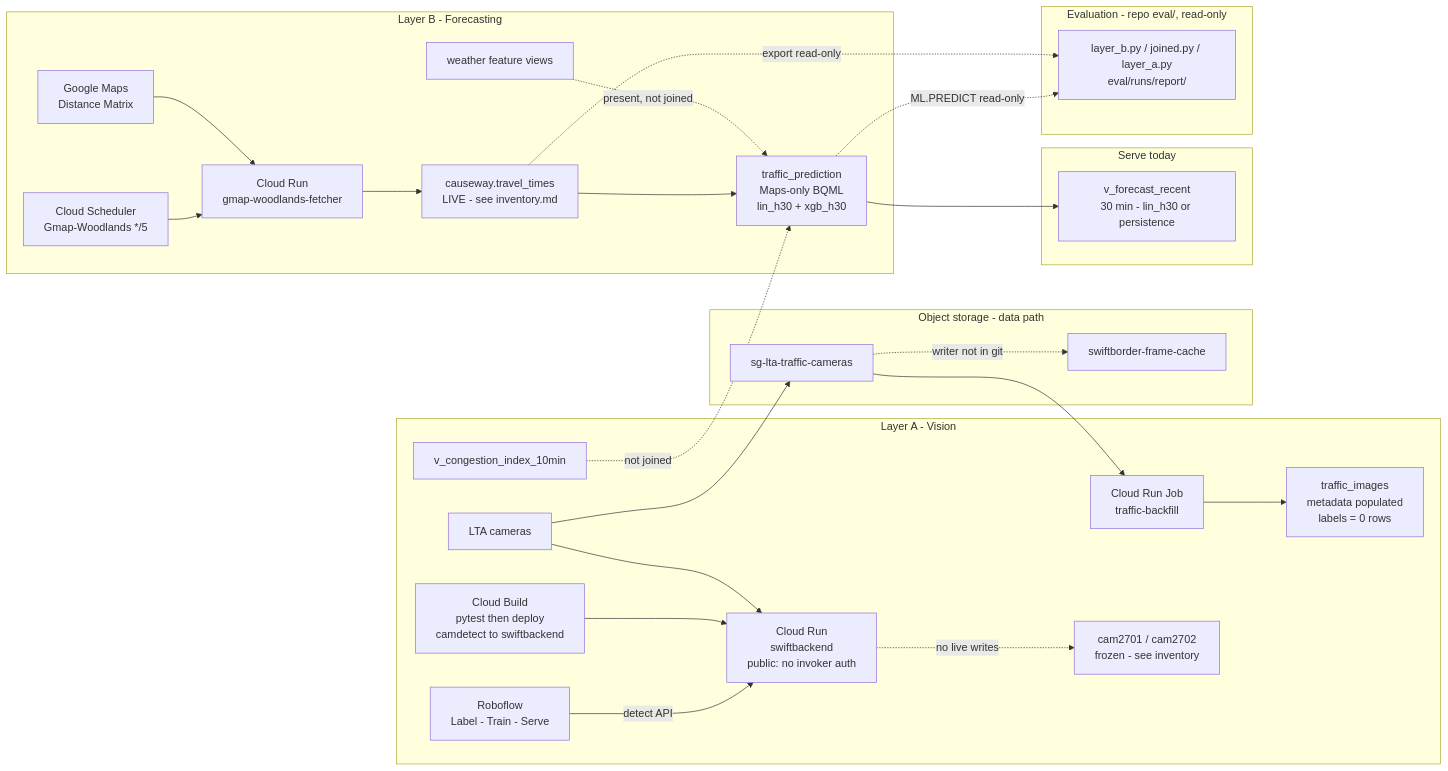
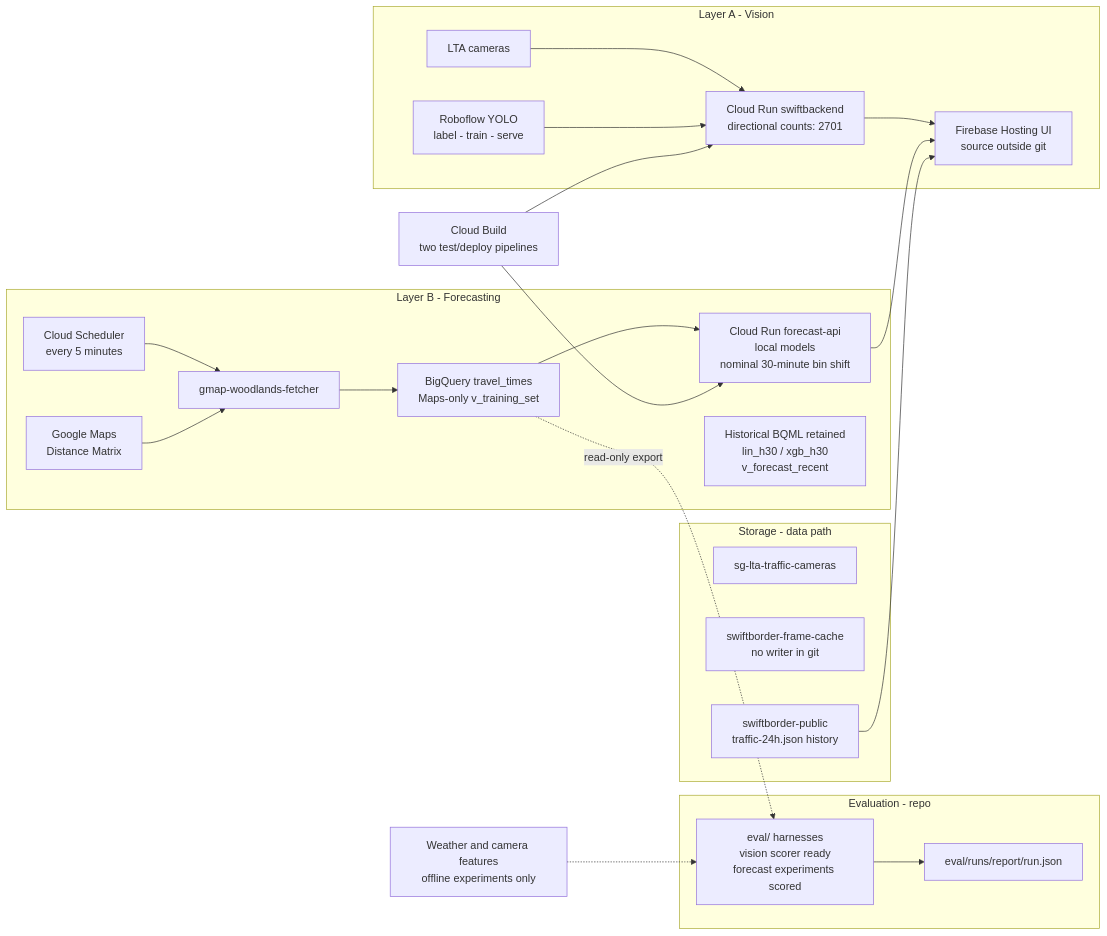
One commit to sozuken-max/swiftborder changed the diagram in docs/diagrams/architecture-high-level.mmd. Above: the diagram before and after it, drawn with Mermaid. The commit also changed 16 other files, not shown here.

First line of the commit message:
docs: final-report readiness review, inventory refresh, regenerated deck PNGs

```diff
--- a/docs/diagrams/architecture-high-level.mmd
+++ b/docs/diagrams/architecture-high-level.mmd
@@ -1,50 +1,26 @@
 flowchart LR
   subgraph LA["Layer A - Vision"]
-    LTA["LTA cameras"]
-    ROB["Roboflow<br/>Label - Train - Serve"]
-    GH["Cloud Build<br/>pytest then deploy<br/>camdetect to swiftbackend"]
-    SB["Cloud Run<br/>swiftbackend<br/>public: no invoker auth"]
-    JBF["Cloud Run Job<br/>traffic-backfill"]
-    TI["traffic_images<br/>metadata populated<br/>labels = 0 rows"]
-    C12["cam2701 / cam2702<br/>frozen - see inventory"]
-    ROB -->|"detect API"| SB
-    GH --> SB
-    LTA --> SB
-    JBF --> TI
-    SB -.->|"no live writes"| C12
-    VCI["v_congestion_index_10min"]
+    LTA["LTA cameras"] --> SB["Cloud Run swiftbackend<br/>directional counts: 2701"]
+    RF["Roboflow YOLO<br/>label - train - serve"] --> SB
+    SB --> UI["Firebase Hosting UI<br/>source outside git"]
   end
-
   subgraph LB["Layer B - Forecasting"]
-    SCH["Cloud Scheduler<br/>Gmap-Woodlands */5"]
-    GFN["Cloud Run<br/>gmap-woodlands-fetcher"]
-    TT["causeway.travel_times<br/>LIVE - see inventory.md"]
-    LBTP["traffic_prediction<br/>Maps-only BQML<br/>lin_h30 + xgb_h30"]
-    GMAP["Google Maps<br/>Distance Matrix"]
-    SCH --> GFN
-    GMAP --> GFN
-    GFN --> TT
-    TT --> LBTP
-    WX["weather feature views"] -.->|"present, not joined"| LBTP
+    SCH["Cloud Scheduler<br/>every 5 minutes"] --> ING["gmap-woodlands-fetcher"]
+    GM["Google Maps<br/>Distance Matrix"] --> ING
+    ING --> TT["BigQuery travel_times<br/>Maps-only v_training_set"]
+    TT --> API["Cloud Run forecast-api<br/>local models<br/>nominal 30-minute bin shift"]
+    API --> UI
+    OLD["Historical BQML retained<br/>lin_h30 / xgb_h30<br/>v_forecast_recent"]
   end
-
-  subgraph GCS["Object storage - data path"]
+  BUILD["Cloud Build<br/>two test/deploy pipelines"] --> SB
+  BUILD --> API
+  subgraph GCS["Storage - data path"]
     CAM["sg-lta-traffic-cameras"]
-    CACHE["swiftborder-frame-cache"]
+    CACHE["swiftborder-frame-cache<br/>no writer in git"]
+    PUB["swiftborder-public<br/>traffic-24h.json history"] --> UI
   end
-
-  subgraph SERVE["Serve today"]
-    VF["v_forecast_recent<br/>30 min - lin_h30 or persistence"]
+  subgraph EV["Evaluation - repo"]
+    HAR["eval/ harnesses<br/>vision scorer ready<br/>forecast experiments scored"] --> REP["eval/runs/report/run.json"]
   end
-
-  subgraph EVAL["Evaluation - repo eval/, read-only"]
-    HAR["layer_b.py / joined.py / layer_a.py<br/>eval/runs/report/"]
-  end
-
-  LTA --> CAM
-  CAM --> JBF
-  CAM -.->|"writer not in git"| CACHE
-  VCI -.->|"not joined"| LBTP
-  LBTP --> VF
-  LBTP -.->|"ML.PREDICT read-only"| HAR
-  TT -.->|"export read-only"| HAR
+  TT -.->|"read-only export"| HAR
+  UNUSED["Weather and camera features<br/>offline experiments only"] -.-> HAR
```
